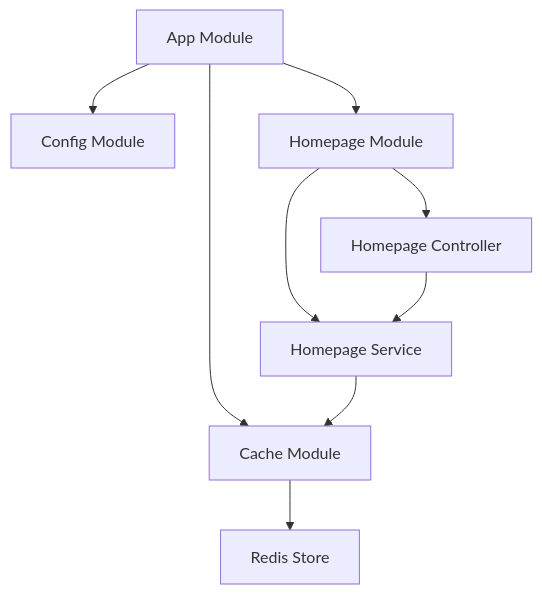
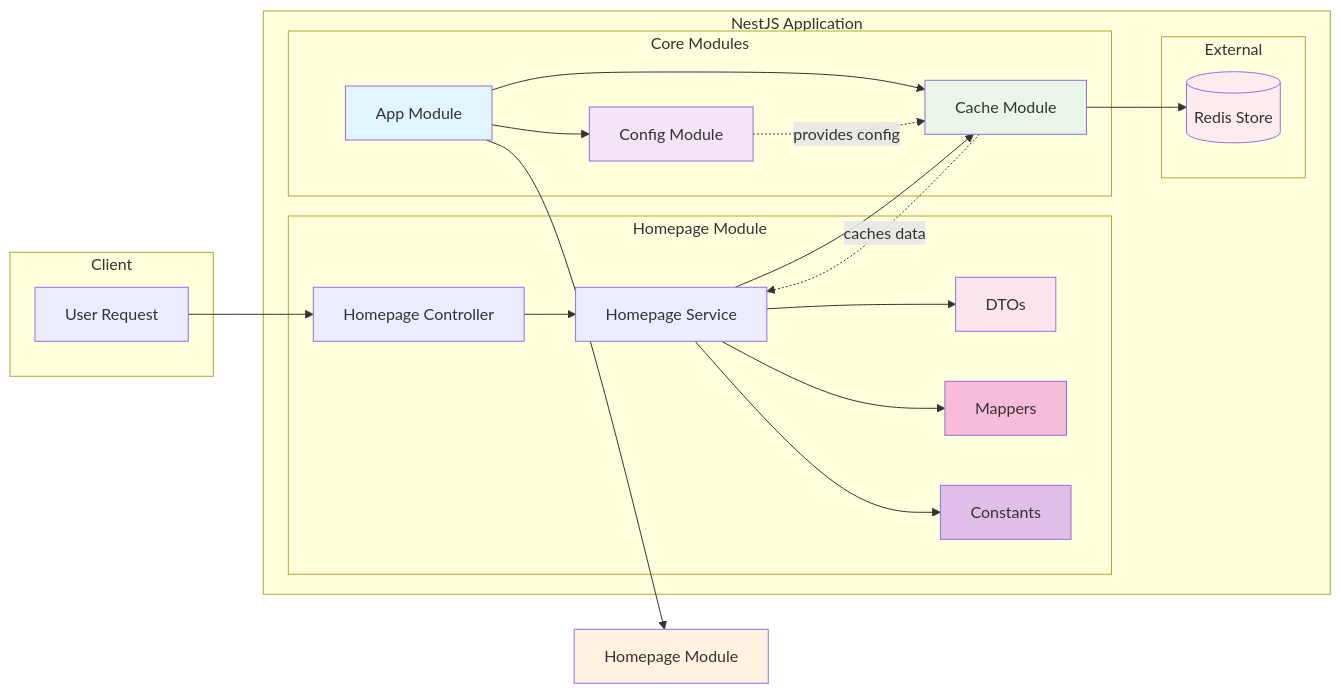
The diagram in README.md (Sandip-Rocks/redis-cache-store), drawn with Mermaid before and after one commit. The commit also changed other lines of this file and 8 other files, not shown here.

Commit message:
Add constant, mapper and dto

````diff
--- a/README.md
+++ b/README.md
@@ -23,11 +23,48 @@
 ```mermaid
-graph TD
-    A[App Module] --> B[Config Module]
-    A --> C[Cache Module]
-    A --> D[Homepage Module]
-    C --> E[Redis Store]
-    D --> F[Homepage Controller]
-    D --> G[Homepage Service]
-    F --> G
-    G --> C
+graph LR
+    subgraph "Client"
+        User[User Request]
+    end
+    
+    subgraph "NestJS Application"
+        subgraph "Homepage Module"
+            HC[Homepage Controller]
+            HS[Homepage Service]
+            DTO[DTOs]
+            Mapper[Mappers]
+            Const[Constants]
+        end
+        
+        subgraph "Core Modules"
+            AM[App Module]
+            CM[Config Module]
+            CacheM[Cache Module]
+        end
+        
+        subgraph "External"
+            Redis[(Redis Store)]
+        end
+    end
+    
+    User --> HC
+    HC --> HS
+    HS --> CacheM
+    CacheM --> Redis
+    HS --> DTO
+    HS --> Mapper
+    HS --> Const
+    AM --> CM
+    AM --> CacheM
+    AM --> HM[Homepage Module]
+    CM -.->|provides config| CacheM
+    CacheM -.->|caches data| HS
+    
+    style AM fill:#e1f5fe
+    style CM fill:#f3e5f5
+    style CacheM fill:#e8f5e8
+    style HM fill:#fff3e0
+    style Redis fill:#ffebee
+    style DTO fill:#fce4ec
+    style Mapper fill:#f8bbd9
+    style Const fill:#e1bee7
 ```
````
